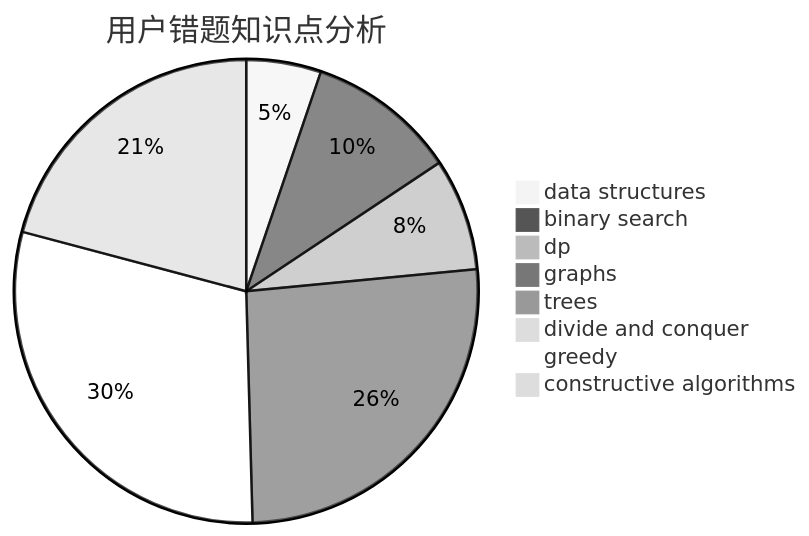
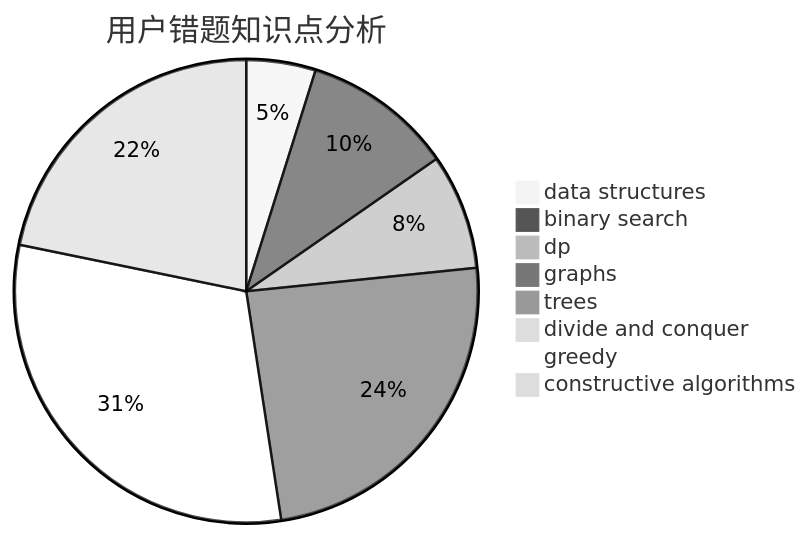
The third of 3 diagrams in docs/user/u289.md (sherpahu/cfrs.github.io), drawn with Mermaid (neutral theme) before and after one commit. The commit also changed other lines of this file and 2770 other files, not shown here.

````diff
--- a/docs/user/u289.md
+++ b/docs/user/u289.md
@@ -36,11 +36,11 @@
 ```mermaid
 pie title 用户错题知识点分析
     "data structures" :  6
-    "binary search" :  12
-    "dp" :  9
+    "binary search" :  13
+    "dp" :  10
     "graphs" :  30
     "trees" :  0
     "divide and conquer" :  0
-    "greedy" :  34
-    "constructive algorithms" :  24
+    "greedy" :  38
+    "constructive algorithms" :  27
 ```
````
